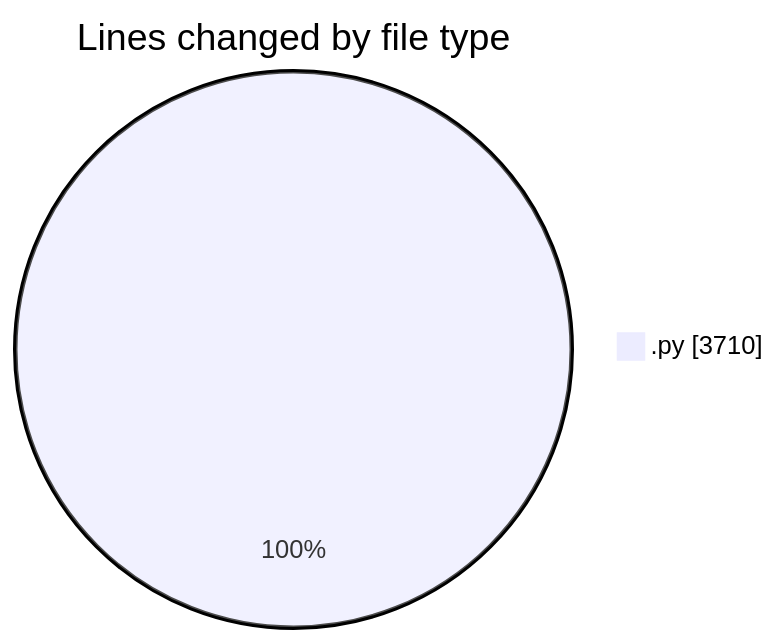
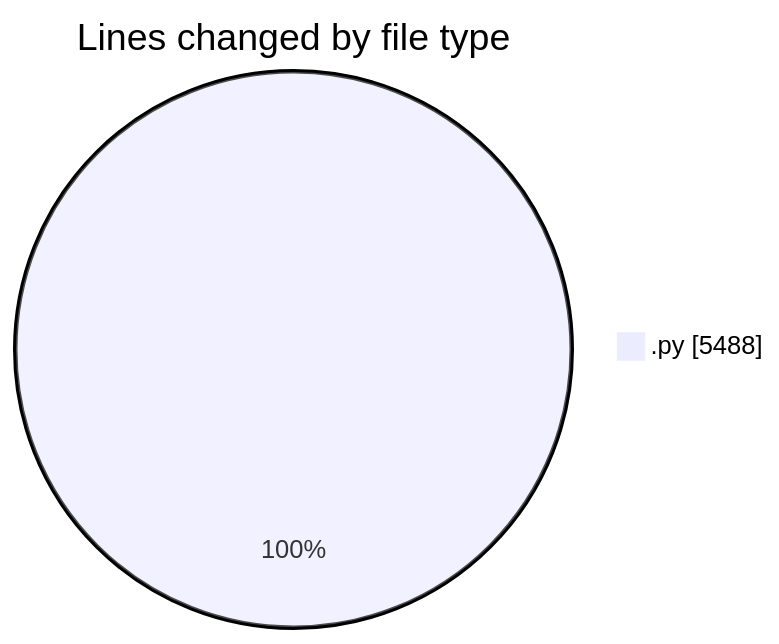
The first of 2 diagrams in 2025-04-12/myws__workspace_/README.md (MatusMokan/code-tracking), drawn with Mermaid before and after one commit. The commit also changed other lines of this file and 1 other file, not shown here.

````diff
--- a/2025-04-12/myws__workspace_/README.md
+++ b/2025-04-12/myws__workspace_/README.md
@@ -25,5 +26,5 @@
 ```mermaid
 pie showData
 title Lines changed by file type
-".py" : 3710
+".py" : 5488
 ```
````
